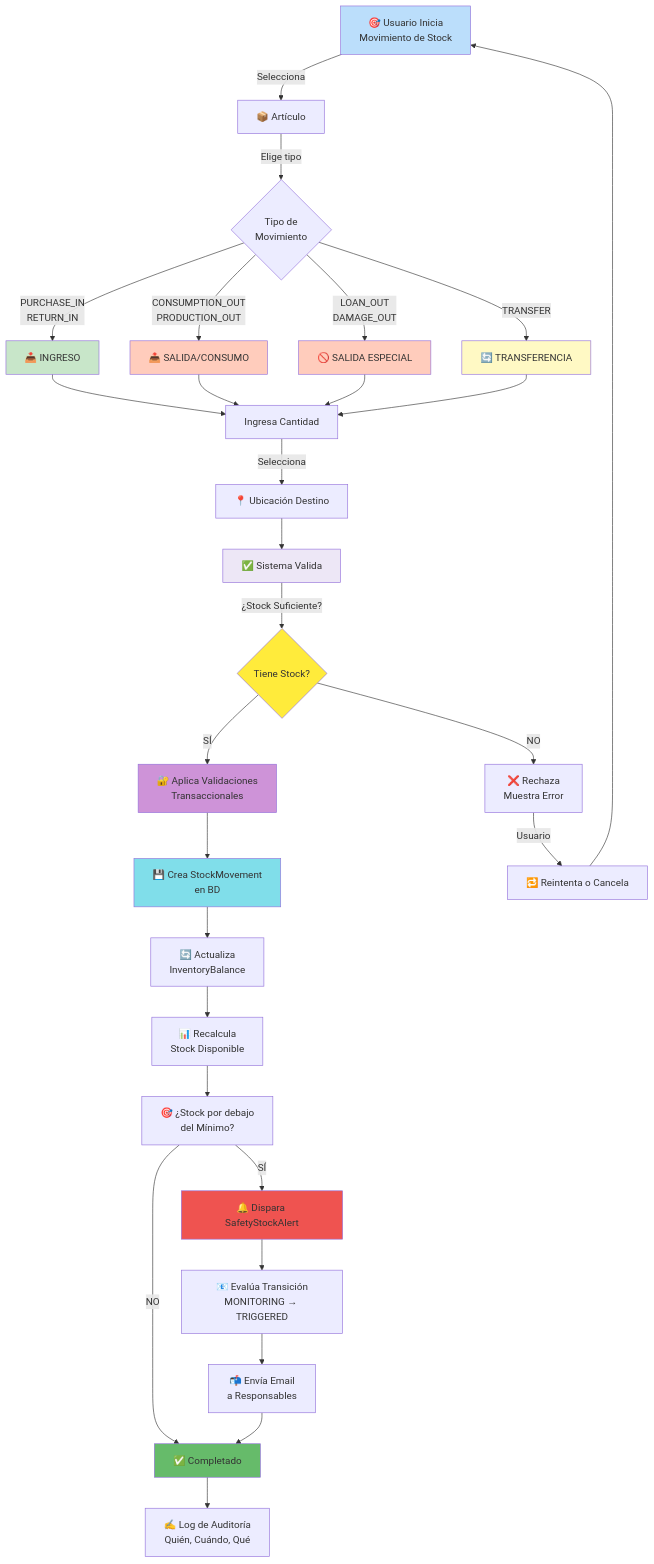
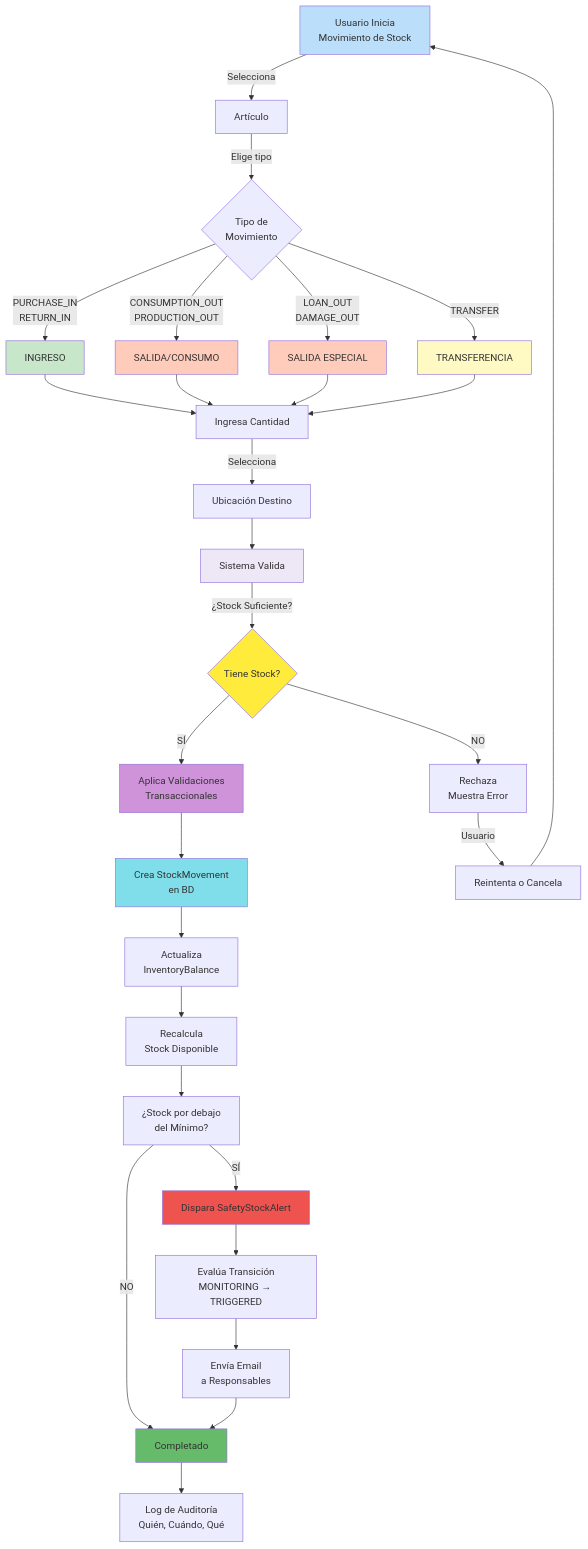
One commit to MarcosReyero/WORM-ERP changed the diagram in docs/02_flujo_movimientos.md. Above: the diagram before and after it, drawn with Mermaid. The commit also changed other lines of this file and 12 other files, not shown here.

Commit message:
Refactor documentation for inventory system: update diagrams and descriptions

````diff
--- a/docs/02_flujo_movimientos.md
+++ b/docs/02_flujo_movimientos.md
@@ -7,54 +7,54 @@
 ```mermaid
 ---
 id: fb58f074-36e1-42a6-9077-c8fcff395f74
 ---
 flowchart TD
-    A["🎯 Usuario Inicia<br/>Movimiento de Stock"] -->|Selecciona| B["📦 Artículo"]
+    A[" Usuario Inicia<br/>Movimiento de Stock"] -->|Selecciona| B[" Artículo"]
     B -->|Elige tipo| C{Tipo de<br/>Movimiento}
-    
-    C -->|PURCHASE_IN<br/>RETURN_IN| D["📥 INGRESO"]
-    C -->|CONSUMPTION_OUT<br/>PRODUCTION_OUT| E["📤 SALIDA/CONSUMO"]
-    C -->|LOAN_OUT<br/>DAMAGE_OUT| F["🚫 SALIDA ESPECIAL"]
-    C -->|TRANSFER| G["🔄 TRANSFERENCIA"]
-    
+
+    C -->|PURCHASE_IN<br/>RETURN_IN| D[" INGRESO"]
+    C -->|CONSUMPTION_OUT<br/>PRODUCTION_OUT| E[" SALIDA/CONSUMO"]
+    C -->|LOAN_OUT<br/>DAMAGE_OUT| F[" SALIDA ESPECIAL"]
+    C -->|TRANSFER| G[" TRANSFERENCIA"]
+
     D --> H["Ingresa Cantidad"]
     E --> H
     F --> H
     G --> H
-    
-    H -->|Selecciona| I["📍 Ubicación Destino"]
-    I --> J["✅ Sistema Valida"]
-    
+
+    H -->|Selecciona| I[" Ubicación Destino"]
+    I --> J[" Sistema Valida"]
+
     J -->|¿Stock Suficiente?| K{Tiene Stock?}
-    K -->|NO| L["❌ Rechaza<br/>Muestra Error"]
-    K -->|SÍ| M["🔐 Aplica Validaciones<br/>Transaccionales"]
-    
-    M --> N["💾 Crea StockMovement<br/>en BD"]
-    N --> O["🔄 Actualiza<br/>InventoryBalance"]
-    O --> P["📊 Recalcula<br/>Stock Disponible"]
-    
-    P --> Q["🎯 ¿Stock por debajo<br/>del Mínimo?"]
-    Q -->|SÍ| R["🔔 Dispara SafetyStockAlert"]
-    Q -->|NO| S["✅ Completado"]
-    
-    R --> T["📧 Evalúa Transición<br/>MONITORING → TRIGGERED"]
-    T --> U["📬 Envía Email<br/>a Responsables"]
+    K -->|NO| L[" Rechaza<br/>Muestra Error"]
+    K -->|SÍ| M[" Aplica Validaciones<br/>Transaccionales"]
+
+    M --> N[" Crea StockMovement<br/>en BD"]
+    N --> O[" Actualiza<br/>InventoryBalance"]
+    O --> P[" Recalcula<br/>Stock Disponible"]
+
+    P --> Q[" ¿Stock por debajo<br/>del Mínimo?"]
+    Q -->|SÍ| R[" Dispara SafetyStockAlert"]
+    Q -->|NO| S[" Completado"]
+
+    R --> T[" Evalúa Transición<br/>MONITORING → TRIGGERED"]
+    T --> U[" Envía Email<br/>a Responsables"]
     U --> S
-    
-    S --> V["✍️ Log de Auditoría<br/>Quién, Cuándo, Qué"]
-    
-    L -->|Usuario| W["🔁 Reintenta o Cancela"]
+
+    S --> V[" Log de Auditoría<br/>Quién, Cuándo, Qué"]
+
+    L -->|Usuario| W[" Reintenta o Cancela"]
     W --> A
-    
+
     style A fill:#bbdefb
     style D fill:#c8e6c9
     style E fill:#ffccbc
     style F fill:#ffccbc
     style G fill:#fff9c4
     style J fill:#ede7f6
     style K fill:#ffeb3b
     style M fill:#ce93d8
     style N fill:#80deea
     style R fill:#ef5350
     style S fill:#66bb6a
 ```
````
